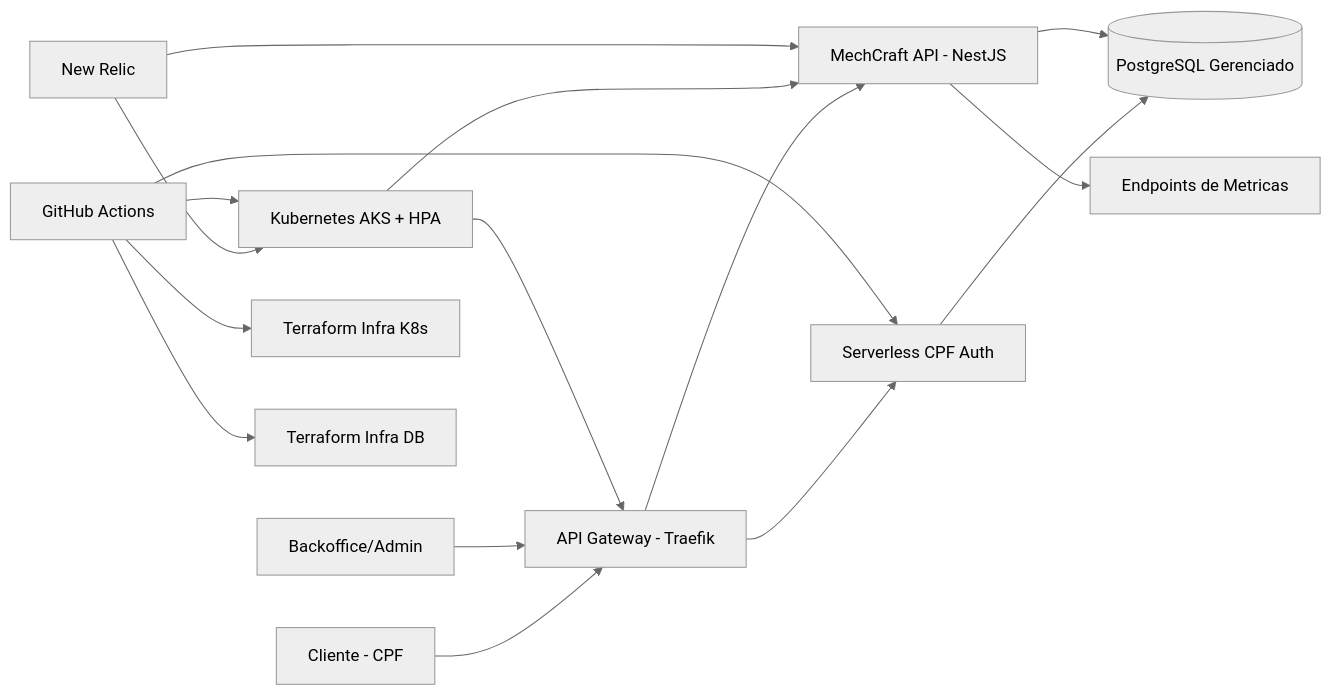
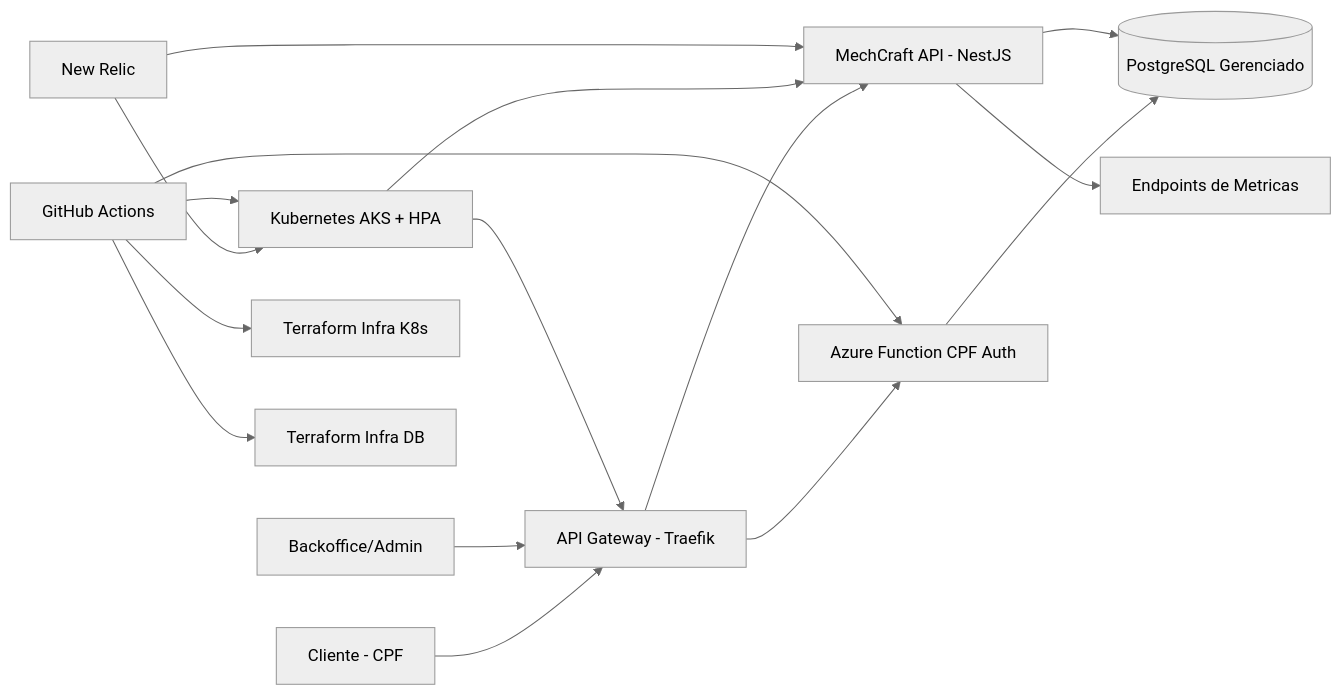
One commit to PedroHMS-ap/mechcraft-app-k8s changed the diagram in docs/architecture/COMPONENTS.md. Above: the diagram before and after it, drawn with Mermaid (neutral theme). The commit also changed other lines of this file and 5 other files, not shown here.

Commit message:
feat: align gateway with azure function auth

````diff
--- a/docs/architecture/COMPONENTS.md
+++ b/docs/architecture/COMPONENTS.md
@@ -3,22 +3,22 @@
 ```mermaid
 flowchart LR
   Client[Cliente - CPF] --> APIGW[API Gateway - Traefik]
   Backoffice[Backoffice/Admin] --> APIGW
-  APIGW --> Lambda[Serverless CPF Auth]
+  APIGW --> Function[Azure Function CPF Auth]
   APIGW --> API[MechCraft API - NestJS]
 
-  Lambda --> DB[(PostgreSQL Gerenciado)]
+  Function --> DB[(PostgreSQL Gerenciado)]
   API --> DB
 
   API --> Metrics[Endpoints de Metricas]
   K8s[Kubernetes AKS + HPA] --> API
   K8s --> APIGW
 
   Observability[New Relic] --> K8s
   Observability --> API
 
-  CICD[GitHub Actions] --> Lambda
+  CICD[GitHub Actions] --> Function
   CICD --> K8s
   CICD --> TerraformK8s[Terraform Infra K8s]
   CICD --> TerraformDB[Terraform Infra DB]
 ```
````
